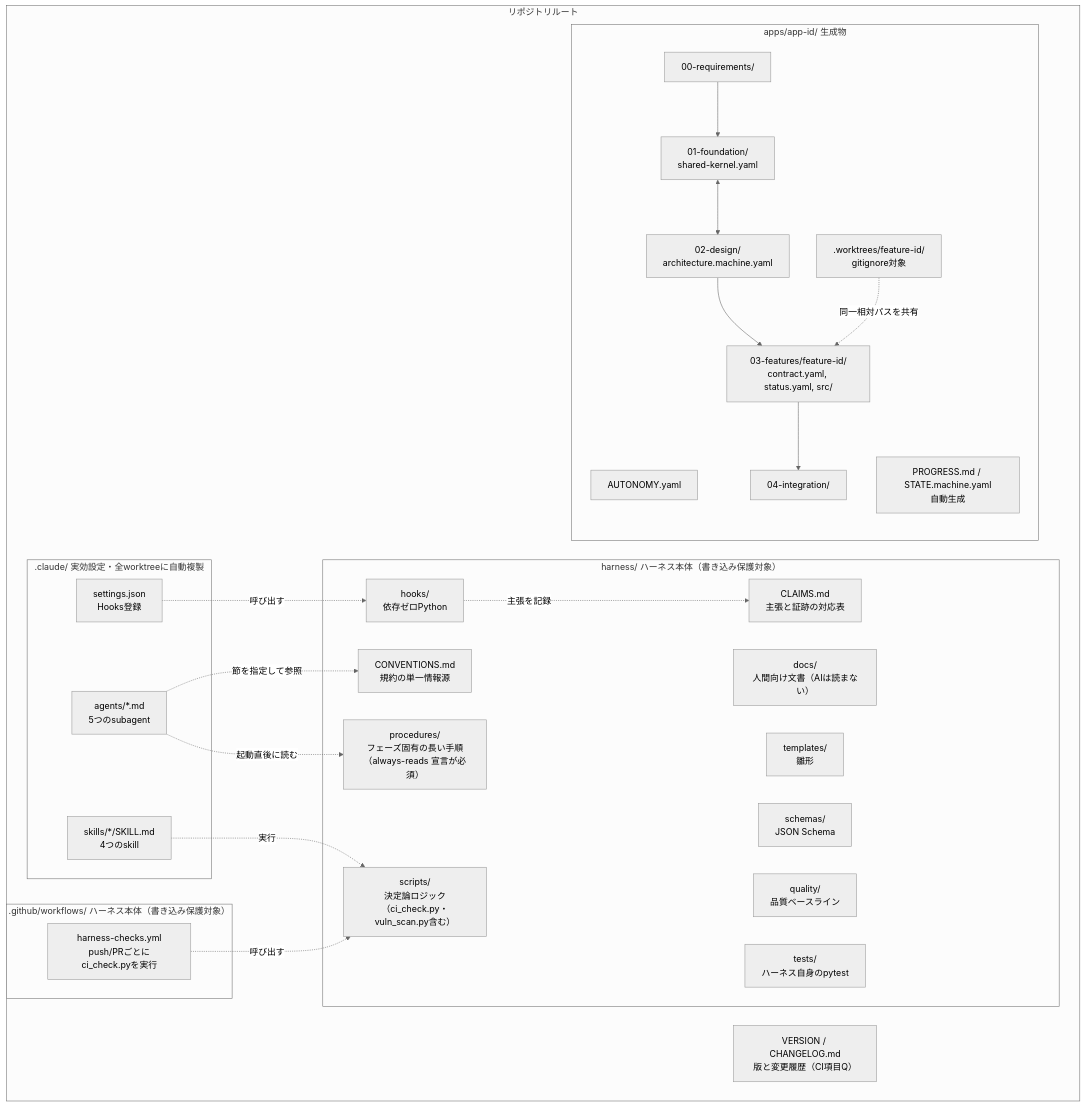
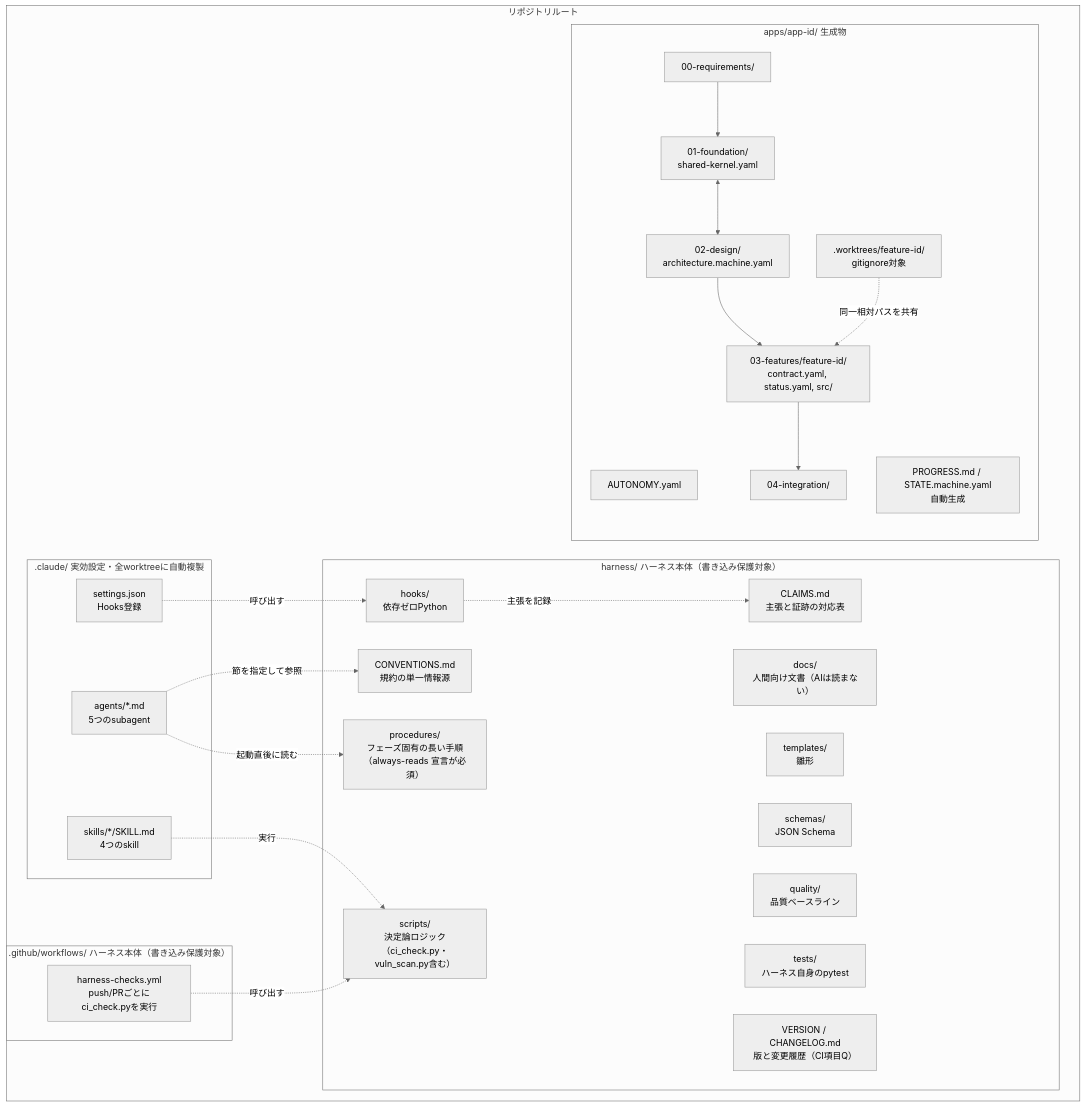
The first of 11 diagrams in harness/docs/GUIDE.md (studioyukidaruma-dev/apparness-harness), drawn with Mermaid (neutral theme) before and after one commit. The commit also changed other lines of this file and 8 other files, not shown here.

````diff
--- a/harness/docs/GUIDE.md
+++ b/harness/docs/GUIDE.md
@@ -57,48 +57,48 @@
 ```mermaid
 graph TB
     subgraph ROOT["リポジトリルート"]
         subgraph CLAUDE[".claude/  実効設定・全worktreeに自動複製"]
             SETTINGS["settings.json<br/>Hooks登録"]
             AGENTS["agents/*.md<br/>5つのsubagent"]
             SKILLS["skills/*/SKILL.md<br/>4つのskill"]
         end
         subgraph HARNESS["harness/  ハーネス本体（書き込み保護対象）"]
             CONV["CONVENTIONS.md<br/>規約の単一情報源"]
             HDOCS["docs/<br/>人間向け文書（AIは読まない）"]
             HOOKS["hooks/<br/>依存ゼロPython"]
             TMPL["templates/<br/>雛形"]
             SCHEMAS["schemas/<br/>JSON Schema"]
             SCRIPTS["scripts/<br/>決定論ロジック（ci_check.py・vuln_scan.py含む）"]
             QUALITY["quality/<br/>品質ベースライン"]
             PROC["procedures/<br/>フェーズ固有の長い手順<br/>（always-reads 宣言が必須）"]
             CLAIMS["CLAIMS.md<br/>主張と証跡の対応表"]
             TESTS["tests/<br/>ハーネス自身のpytest"]
+            VERSION["VERSION / CHANGELOG.md<br/>版と変更履歴（CI項目Q）"]
         end
-            VERSION["VERSION / CHANGELOG.md<br/>版と変更履歴（CI項目Q）"]
         subgraph GHACTIONS[".github/workflows/  ハーネス本体（書き込み保護対象）"]
             CIYML["harness-checks.yml<br/>push/PRごとにci_check.pyを実行"]
         end
         subgraph APPS["apps/app-id/  生成物"]
             AUTONOMY["AUTONOMY.yaml"]
             REQ["00-requirements/"]
             FOUND["01-foundation/<br/>shared-kernel.yaml"]
             DESIGN["02-design/<br/>architecture.machine.yaml"]
             FEAT["03-features/feature-id/<br/>contract.yaml, status.yaml, src/"]
             INTEG["04-integration/"]
             PROG["PROGRESS.md / STATE.machine.yaml<br/>自動生成"]
             WT[".worktrees/feature-id/<br/>gitignore対象"]
         end
     end
 
     SETTINGS -.呼び出す.-> HOOKS
     AGENTS -.節を指定して参照.-> CONV
     AGENTS -.起動直後に読む.-> PROC
     HOOKS -.主張を記録.-> CLAIMS
     SKILLS -.実行.-> SCRIPTS
     CIYML -.呼び出す.-> SCRIPTS
     REQ --> FOUND
     FOUND <--> DESIGN
     DESIGN --> FEAT
     FEAT --> INTEG
     WT -. 同一相対パスを共有 .-> FEAT
 ```
````
